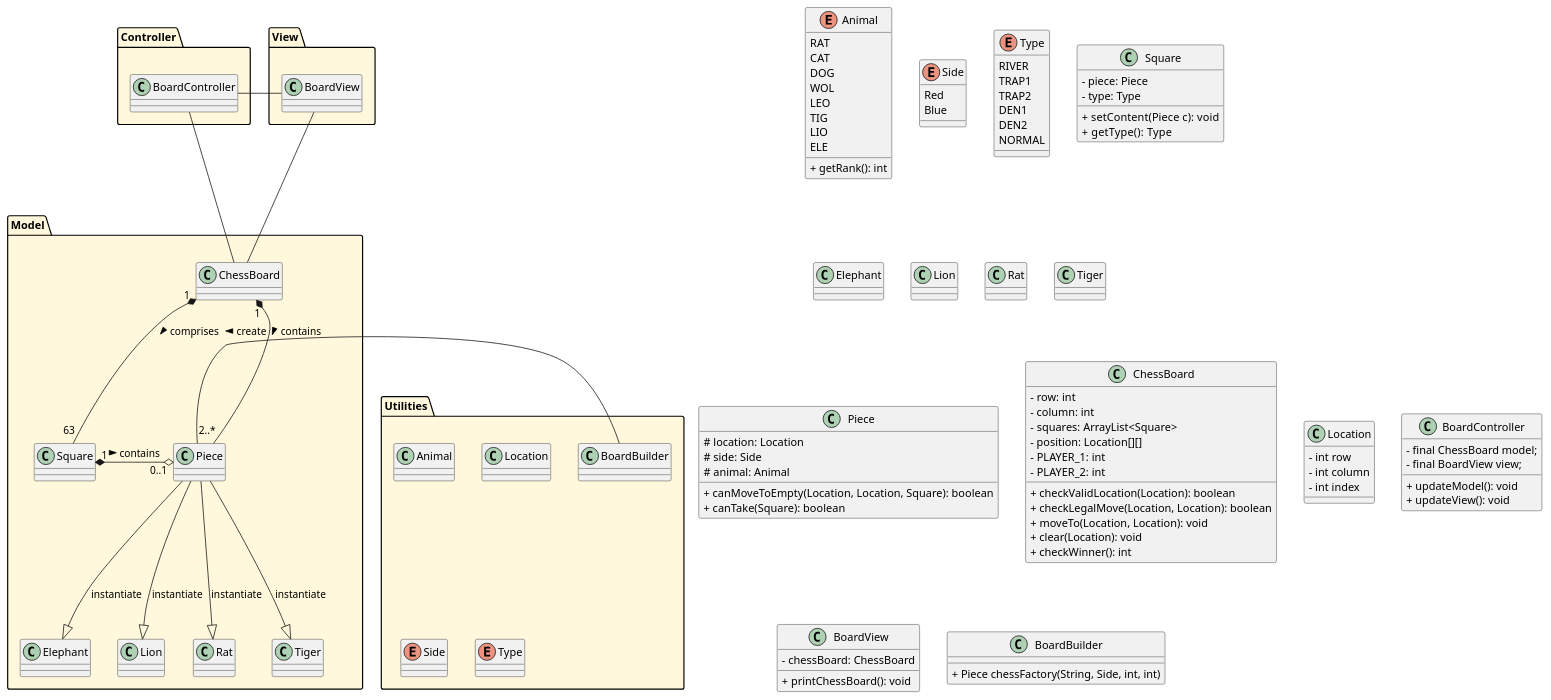
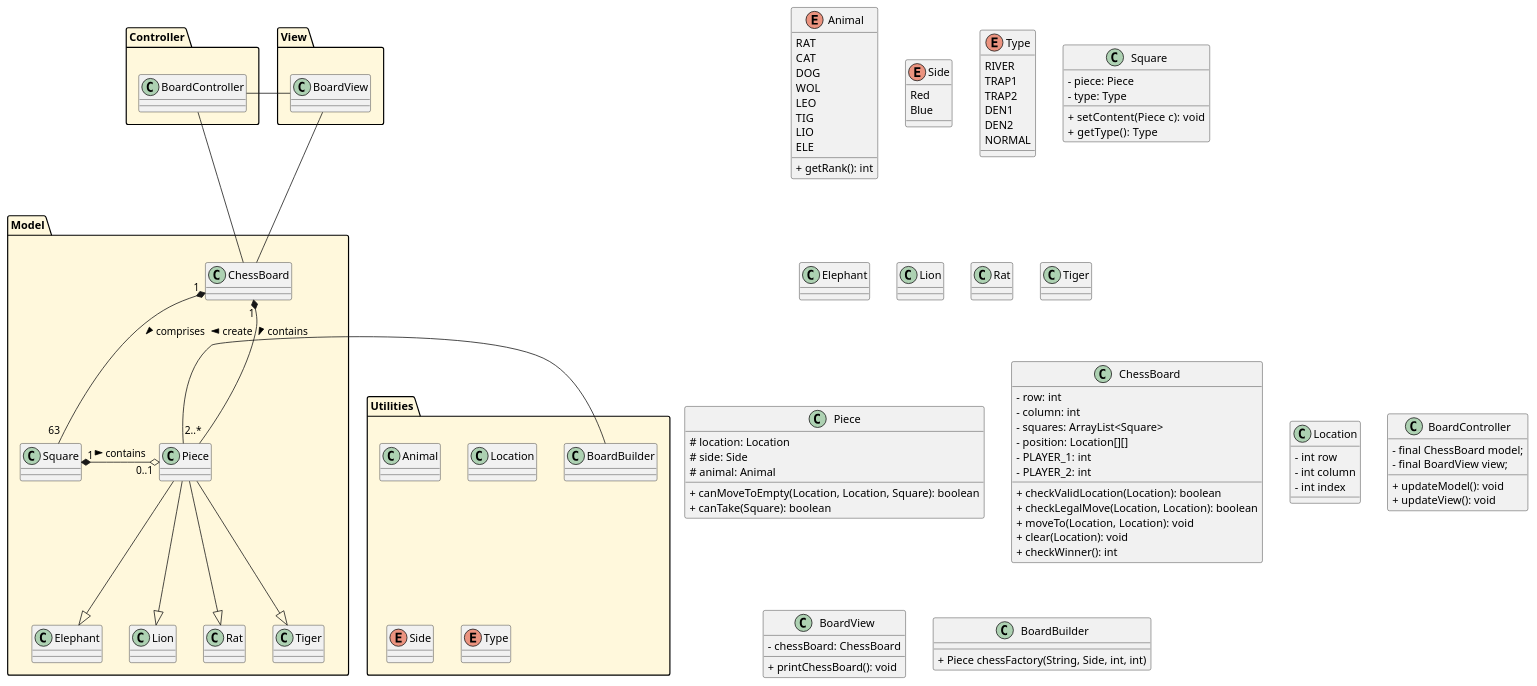
Before and after one commit to Edo-kawa/SE-Project: the diagram in src/main/UML/ClassDiagram.puml, drawn with PlantUML. The commit also changed 4 other files, not shown here.

```diff
--- a/src/main/UML/ClassDiagram.puml
+++ b/src/main/UML/ClassDiagram.puml
@@ -1,185 +1,185 @@
 @startuml
 
 package "Model" #FFF8DC {
     'ChessBoard o-- Location
     ChessBoard "1" *- "2..*" Piece: contains >
     ChessBoard "1" *-- "63" Square: comprises >
 
     'Square o-- Type
     Square "1" *-o "0..1" Piece: contains >
     '
     'Piece --|> Cat      : instantiate
     'Piece --|> Dog      : instantiate
-    Piece --|> Elephant : instantiate
+    Piece --|> Elephant
     'Piece --|> Leopard  : instantiate
-    Piece --|> Lion     : instantiate
-    Piece --|> Rat      : instantiate
-    Piece --|> Tiger    : instantiate
+    Piece --|> Lion
+    Piece --|> Rat
+    Piece --|> Tiger
     'Piece --|> Wolf     : instantiate
 }
 
 package "View" #FFF8DC {
     BoardView -- ChessBoard
 }
 
 package "Controller" #FFF8DC {
     BoardController -- ChessBoard
     BoardController - BoardView
 }
 
 package "Utilities" #FFF8DC {
     class Animal
     class Location
     enum Side
     enum Type
     BoardBuilder - Piece: create >
     'Chess o-- Animal
     'Chess o-- Side
     'Chess o-- Location
     'BoardBuilder o-- Side
 }
 
 enum Animal{
 RAT
 CAT
 DOG
 WOL
 LEO
 TIG
 LIO
 ELE
 
 '<plain>- rank: int
 
 'Animal(int rank)
 <plain>+ getRank(): int
 }
 
 enum Side{
 Red
 Blue
 }
 
 enum Type {
 RIVER
 TRAP1
 TRAP2
 DEN1
 DEN2
 NORMAL
 }
 
 class Square{
 <plain>- piece: Piece
 <plain>- type: Type
 
 '<plain>+  Square(Chess, Type) // constructor
 '<plain>+  getChessContent(): Chess
 <plain>+  setContent(Piece c): void
 <plain>+  getType(): Type
 }
 
 
 
 class Elephant{
 '<plain># outRank(Animal): boolean
 }
 '
 'class Leopard{
 ''boolean isValidPath(Location from, Location to)
 '}
 class Lion{
 '<plain>+ canMoveToEmpty(Location, Location, Square): boolean
 }
 class Rat{
 '<plain>+ canMoveToEmpty(Location, Location, Square): boolean
 '<plain># outRank(Animal animal1): boolean
 }
 class Tiger{
 '<plain>+ canMoveToEmpty(Location, Location, Square): boolean
 }
 'class Wolf{
 ''<plain>+ boolean isValidPath(Location from, Location to)
 '}
 
 class Piece{
 <plain># location: Location
 <plain># side: Side
 <plain># animal: Animal
 
 '<plain>+ Chess(Location, Animal, Side)
 <plain>+ canMoveToEmpty(Location, Location, Square): boolean
 '<plain># outRank(Animal): boolean
 <plain>+ canTake(Square): boolean
 }
 
 class ChessBoard{
 <plain>- row: int
 <plain>- column: int
 <plain>- squares: ArrayList<Square>
 '// player1 [0][1-8], player2 [1][1-8] 1-8 standing for Rank
 <plain>- position: Location[][]
 <plain>- PLAYER_1: int
 <plain>- PLAYER_2: int
 
 '<plain>+ ChessBoard() // constructor
 '<plain>+ getPosition(int, int): Location
 <plain>+ checkValidLocation(Location): boolean
 '<plain>+ checkCanCapture(Chess chess, Location location) // 未使用
 '<plain>+ boolean checkIsEmpty(Location location) // 未使用
 <plain>+ checkLegalMove(Location, Location): boolean
 '<plain>+ boolean checkLegalMove(int index, Location to)
 <plain>+ moveTo(Location, Location): void
 '<plain>+ void moveTo(int index, Location to)
 <plain>+ clear(Location): void
 <plain>+ checkWinner(): int
 '<plain>+ boolean setChess(Chess chess, Location location) // 未使用
 '<plain>+ Chess getChess(Location location)
 '<plain>+ getSquare(Location): Square
 '<plain>+ Square getSquare(int index)
 '<plain>+ Set<Move> getLegalMoves(Location location) // 未使用
 '<plain>- int location2index(Location location)
 '<plain>- Location index2Location(int index)
 '<plain>- init(): void
 }
 
 
 
 class Location{
 
 <plain>- int row
 <plain>- int column
 <plain>- int index
 
 '<plain>+ Location(int, int)
 '<plain>+ Location(int)
 '<plain>+ getRow(): int
 '<plain>+ getCol(): int
 '<plain>+ getIndex(): int
 }
 
 class BoardController{
 <plain>- final ChessBoard model;
 <plain>- final BoardView view;
 
 '<plain>+ BoardController(BoardView)
 '<plain>+ init(): void
 <plain>+ updateModel(): void
 <plain>+ updateView(): void
 }
 
 class BoardView{
 
 <plain>- chessBoard: ChessBoard
 
 '<plain>+ BoardView(ChessBoard)
 '<plain>+ getChessBoard(): ChessBoard
 <plain>+ printChessBoard(): void
 }
 
 
 class BoardBuilder{
 <plain>+ Piece chessFactory(String, Side, int, int)
 }
 
 @enduml
```
